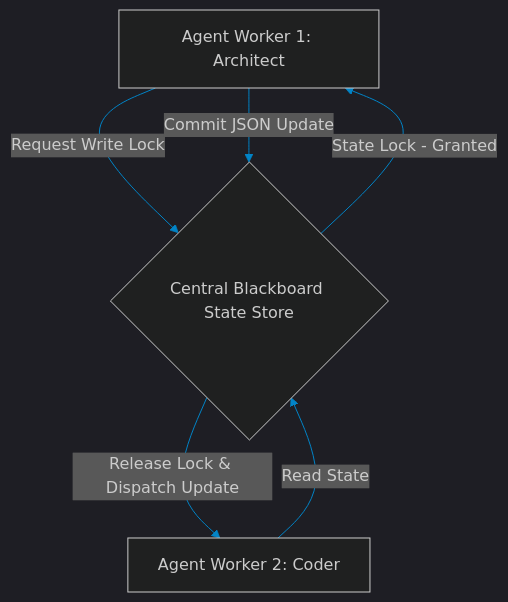
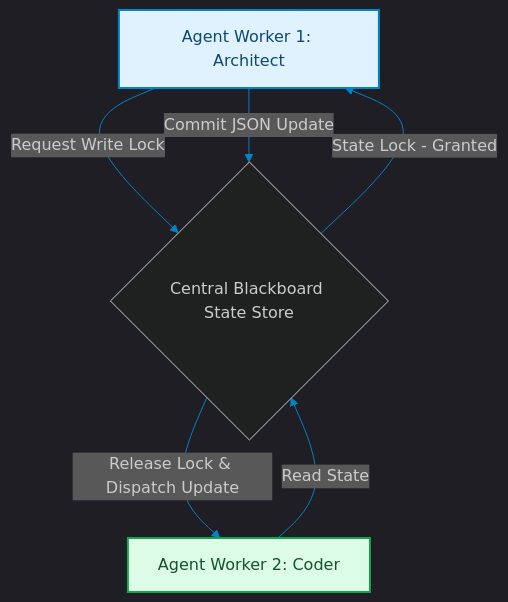
Before and after one commit to akmalkhaniub/akmalkhaniub.github.io: the diagram in blog/posts/memory-blackboard-design-pattern-agent-state.md, drawn with Mermaid. The commit also changed other lines of this file and 1291 other files, not shown here.

First line of the commit message:
feat(catalog): unique covers, scholarly references, and diagram palettes

````diff
--- a/blog/posts/memory-blackboard-design-pattern-agent-state.md
+++ b/blog/posts/memory-blackboard-design-pattern-agent-state.md
@@ -16,10 +16,18 @@
 ```mermaid
 %%{init: {'theme': 'dark', 'themeVariables': { 'primaryColor': '#0284c7', 'primaryTextColor': '#f3f4f6', 'primaryBorderColor': '#38bdf8', 'lineColor': '#0284c7', 'secondaryColor': '#111827', 'tertiaryColor': '#0b0f19'}}}%%
 flowchart TD
-    Agent1[Agent Worker 1: Architect] -->|Request Write Lock| BB{Central Blackboard State Store}
-    Agent2[Agent Worker 2: Coder] -->|Read State| BB
+    Agent1["Agent Worker 1: Architect"] -->|Request Write Lock| BB{Central Blackboard State Store}
+    Agent2["Agent Worker 2: Coder"] -->|Read State| BB
     
     BB -->|State Lock - Granted| Agent1
     Agent1 -->|Commit JSON Update| BB
     BB -->|Release Lock & Dispatch Update| Agent2
+
+classDef green fill:#dcfce7,stroke:#16a34a,stroke-width:2px,color:#14532d;
+classDef red fill:#fee2e2,stroke:#dc2626,stroke-width:2px,color:#7f1d1d;
+classDef blue fill:#e0f2fe,stroke:#0284c7,stroke-width:2px,color:#0c4a6e;
+classDef yellow fill:#fef3c7,stroke:#d97706,stroke-width:2px,color:#78350f;
+classDef purple fill:#ede9fe,stroke:#7c3aed,stroke-width:2px,color:#4c1d95;
+class Agent1 blue
+class Agent2 green
 ```
````
